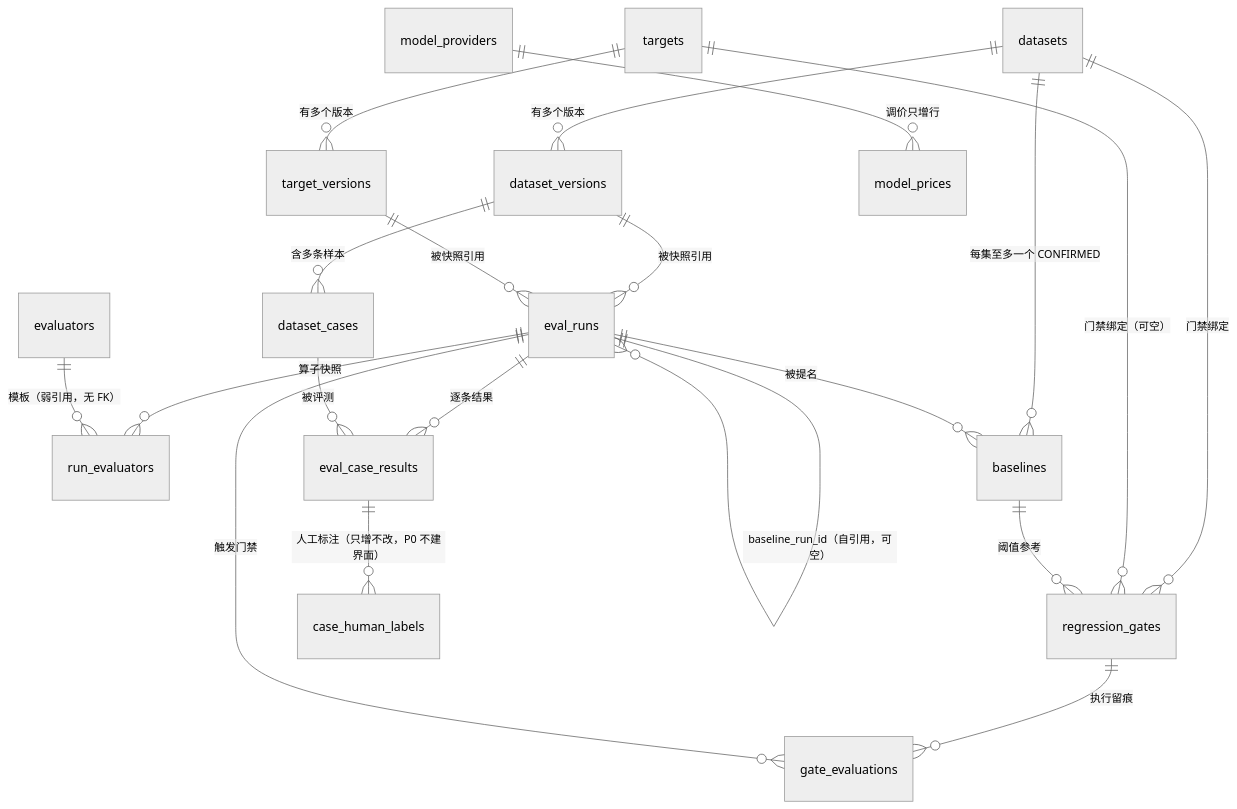
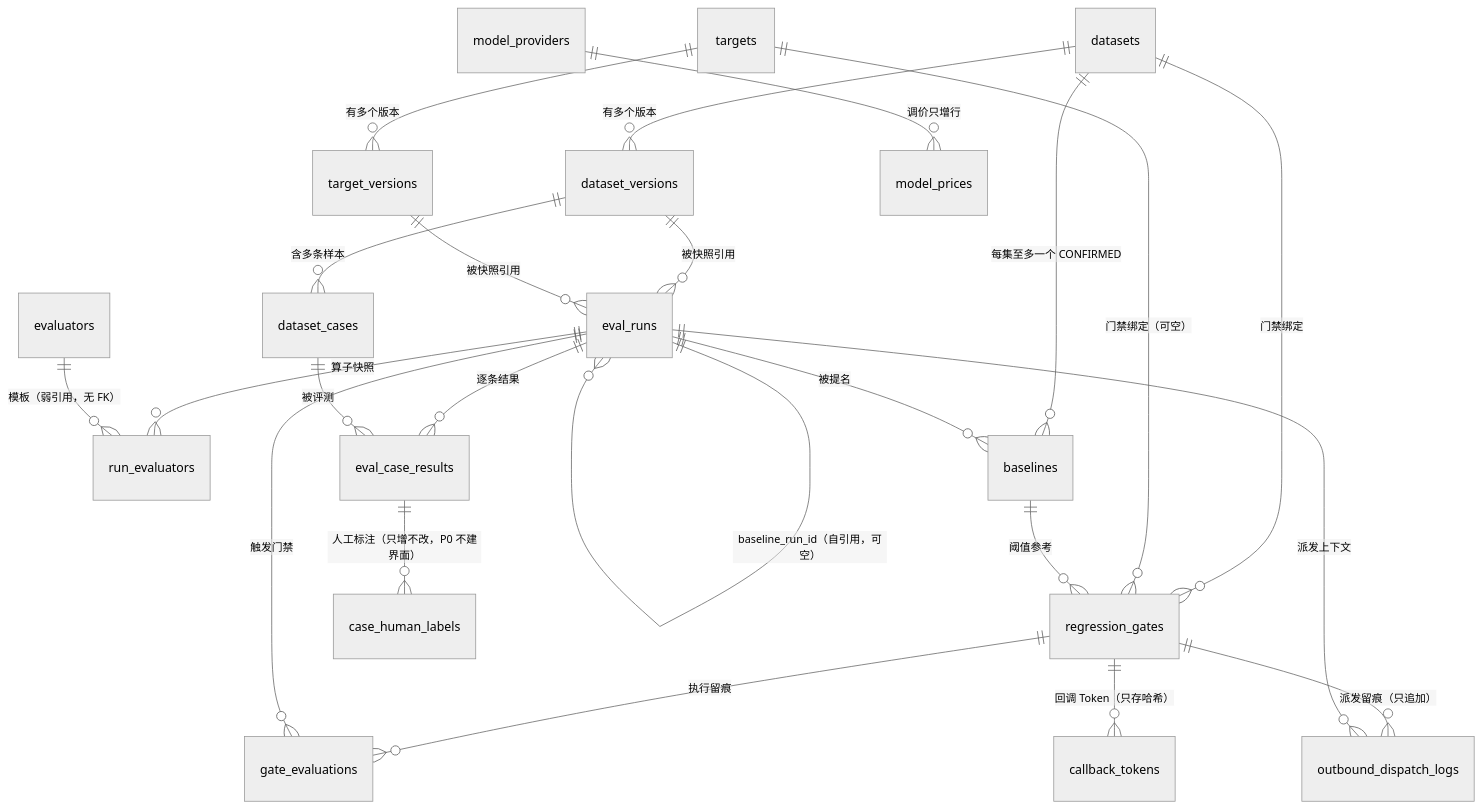
Before and after one commit to qingfeng092802/Evaluation-Middle-Platform: the diagram in docs/facts/database-schema.md, drawn with Mermaid (neutral theme). The commit also changed other lines of this file and 7 other files, not shown here.

````diff
--- a/docs/facts/database-schema.md
+++ b/docs/facts/database-schema.md
@@ -90,27 +97,31 @@
 ```mermaid
 erDiagram
     datasets          ||--o{ dataset_versions    : "有多个版本"
     dataset_versions  ||--o{ dataset_cases       : "含多条样本"
     targets           ||--o{ target_versions     : "有多个版本"
     model_providers   ||--o{ model_prices        : "调价只增行"
 
     dataset_versions  ||--o{ eval_runs           : "被快照引用"
     target_versions   ||--o{ eval_runs           : "被快照引用"
     eval_runs         ||--o{ run_evaluators      : "算子快照"
     eval_runs         ||--o{ eval_case_results   : "逐条结果"
     dataset_cases     ||--o{ eval_case_results   : "被评测"
 
     eval_runs         ||--o{ eval_runs           : "baseline_run_id（自引用，可空）"
     datasets          ||--o{ baselines           : "每集至多一个 CONFIRMED"
     eval_runs         ||--o{ baselines           : "被提名"
 
     datasets          ||--o{ regression_gates    : "门禁绑定"
     targets           ||--o{ regression_gates    : "门禁绑定（可空）"
     baselines         ||--o{ regression_gates    : "阈值参考"
     regression_gates  ||--o{ gate_evaluations    : "执行留痕"
     eval_runs         ||--o{ gate_evaluations    : "触发门禁"
 
     evaluators        ||--o{ run_evaluators      : "模板（弱引用，无 FK）"
 
     eval_case_results ||--o{ case_human_labels   : "人工标注（只增不改，P0 不建界面）"
+
+    regression_gates  ||--o{ callback_tokens     : "回调 Token（只存哈希）"
+    regression_gates  ||--o{ outbound_dispatch_logs : "派发留痕（只追加）"
+    eval_runs         ||--o{ outbound_dispatch_logs : "派发上下文"
 ```
````
